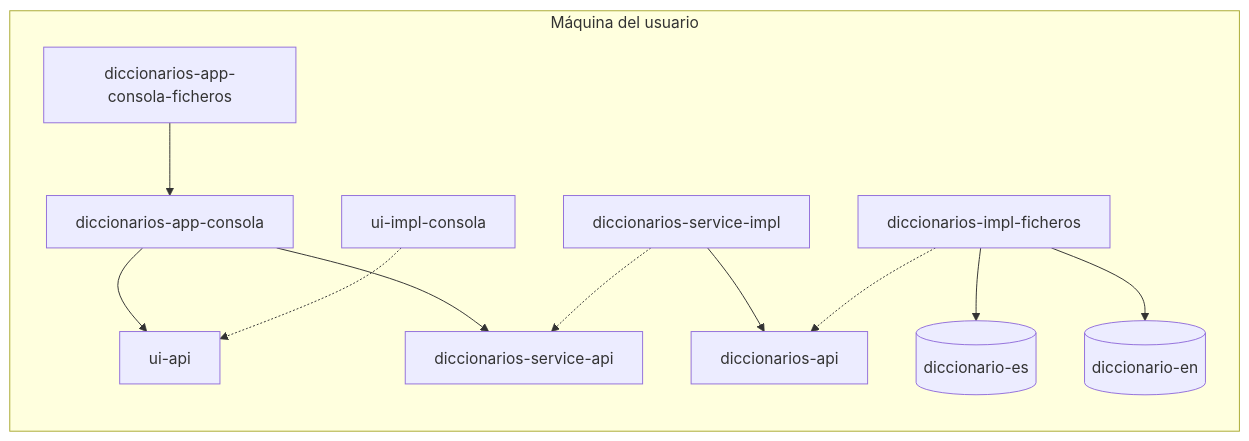
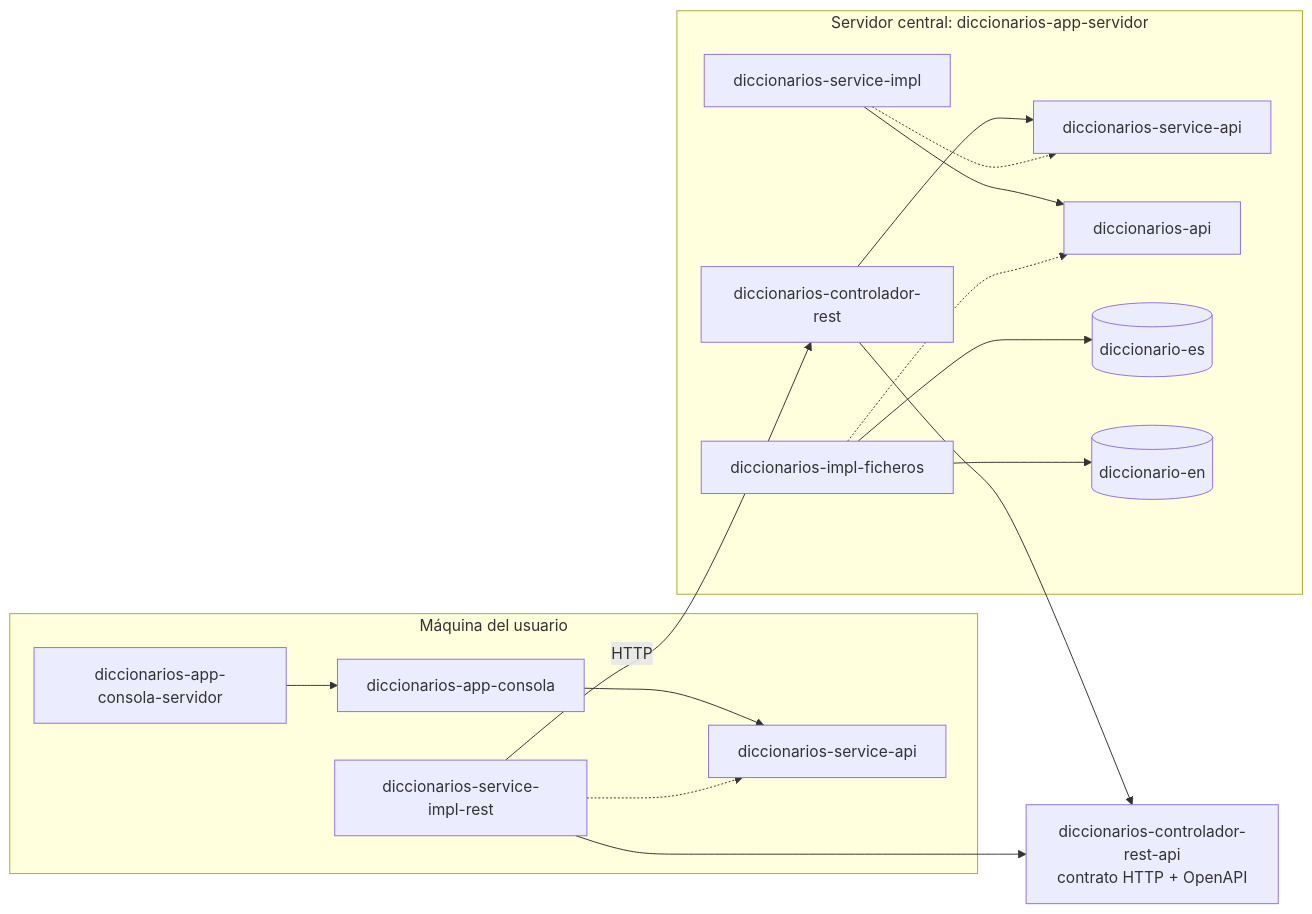
One commit to IvanciniGT/formacionJava17-21 changed the diagram in proyectos/diccionario/README.md. Above: the diagram before and after it, drawn with Mermaid. The commit also changed other lines of this file and 32 other files, not shown here.

First line of the commit message:
v2.0: servidor central

````diff
--- a/proyectos/diccionario/README.md
+++ b/proyectos/diccionario/README.md
@@ -50,13 +56,19 @@
 ```mermaid
 flowchart LR
-    subgraph usuario ["Máquina del usuario"]
-        APP[diccionarios-app-consola-ficheros] --> COD[diccionarios-app-consola]
-        COD --> UIA[ui-api]
-        UII[ui-impl-consola] -.-> UIA
-        COD --> SA[diccionarios-service-api]
-        SI[diccionarios-service-impl] -.-> SA
-        SI --> API[diccionarios-api]
-        FIC[diccionarios-impl-ficheros] -.-> API
-        FIC --> ES[(diccionario-es)] & EN[(diccionario-en)]
+    subgraph cliente ["Máquina del usuario"]
+        APPS[diccionarios-app-consola-servidor] --> COD2[diccionarios-app-consola]
+        COD2 --> SA1[diccionarios-service-api]
+        SR[diccionarios-service-impl-rest] -.-> SA1
     end
+    subgraph servidor ["Servidor central: diccionarios-app-servidor"]
+        CTRL[diccionarios-controlador-rest] --> SA2[diccionarios-service-api]
+        SI2[diccionarios-service-impl] -.-> SA2
+        SI2 --> API2[diccionarios-api]
+        FIC2[diccionarios-impl-ficheros] -.-> API2
+        FIC2 --> ES2[(diccionario-es)] & EN2[(diccionario-en)]
+    end
+    RAPI[diccionarios-controlador-rest-api<br/>contrato HTTP + OpenAPI]
+    SR -- HTTP --> CTRL
+    SR --> RAPI
+    CTRL --> RAPI
 ```
````
